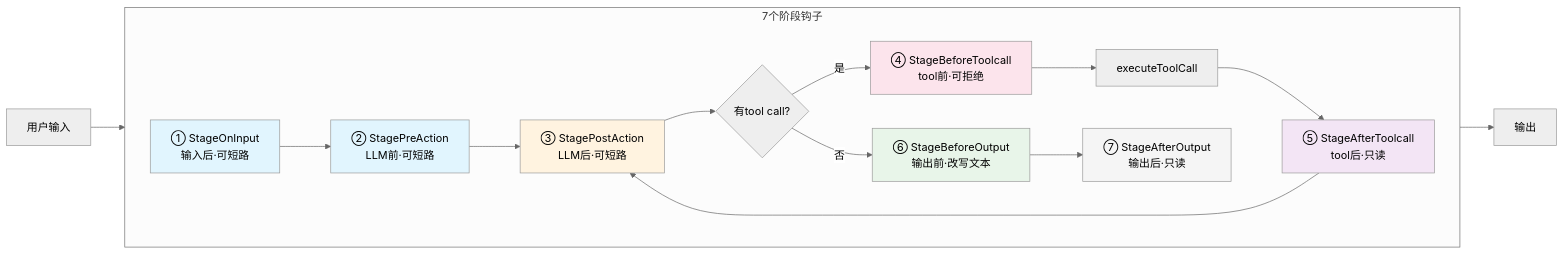
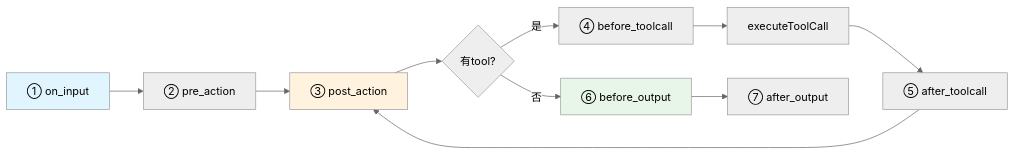
One commit to JianFeeeee/HomeAgent changed the second of 3 diagrams in README.md. Above: the diagram before and after it, drawn with Mermaid (neutral theme). The commit also changed other lines of this file and 1 other file, not shown here.

Commit message:
docs: simplify README diagrams, move detailed explanations to ARCHITECTURE.md

````diff
--- a/README.md
+++ b/README.md
@@ -83,26 +76,15 @@
 ```mermaid
 flowchart LR
-    subgraph "7个阶段钩子"
-        direction LR
-        S1[① StageOnInput<br/>输入后·可短路] -->
-        S2[② StagePreAction<br/>LLM前·可短路] -->
-        S3[③ StagePostAction<br/>LLM后·可短路]
-        S3 --> S4{有tool call?}
-        S4 -->|是| S5[④ StageBeforeToolcall<br/>tool前·可拒绝]
-        S5 --> T[executeToolCall]
-        T --> S6[⑤ StageAfterToolcall<br/>tool后·只读]
-        S6 --> S3
-        S4 -->|否| S7[⑥ StageBeforeOutput<br/>输出前·改写文本]
-        S7 --> S8[⑦ StageAfterOutput<br/>输出后·只读]
-    end
-    Input[用户输入] --> S1
-    S8 --> Output[输出]
-    
+    S1[① on_input] --> S2[② pre_action]
+    S2 --> S3[③ post_action]
+    S3 --> Q{有tool?}
+    Q -->|是| S4[④ before_toolcall]
+    S4 --> T[executeToolCall]
+    T --> S5[⑤ after_toolcall]
+    S5 --> S3
+    Q -->|否| S6[⑥ before_output]
+    S6 --> S7[⑦ after_output]
     style S1 fill:#e1f5fe
-    style S2 fill:#e1f5fe
     style S3 fill:#fff3e0
-    style S5 fill:#fce4ec
-    style S6 fill:#f3e5f5
-    style S7 fill:#e8f5e9
-    style S8 fill:#f5f5f5
+    style S6 fill:#e8f5e9
 ```
````
